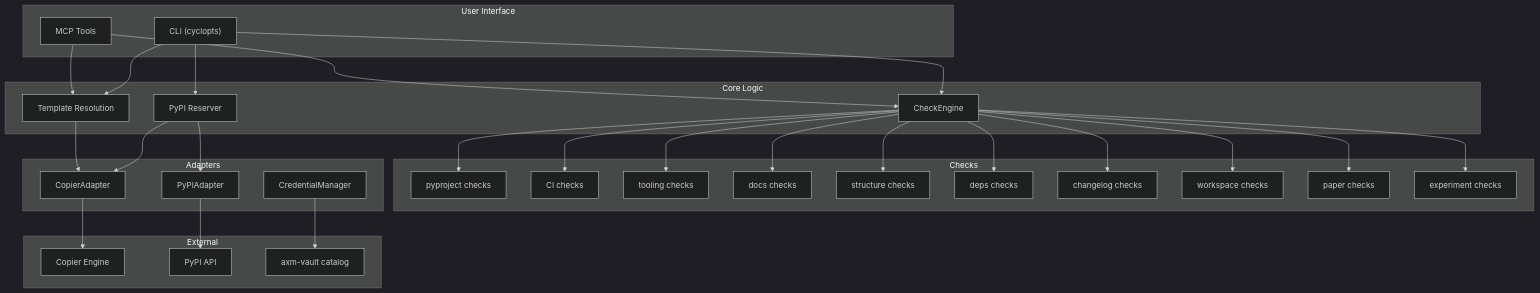
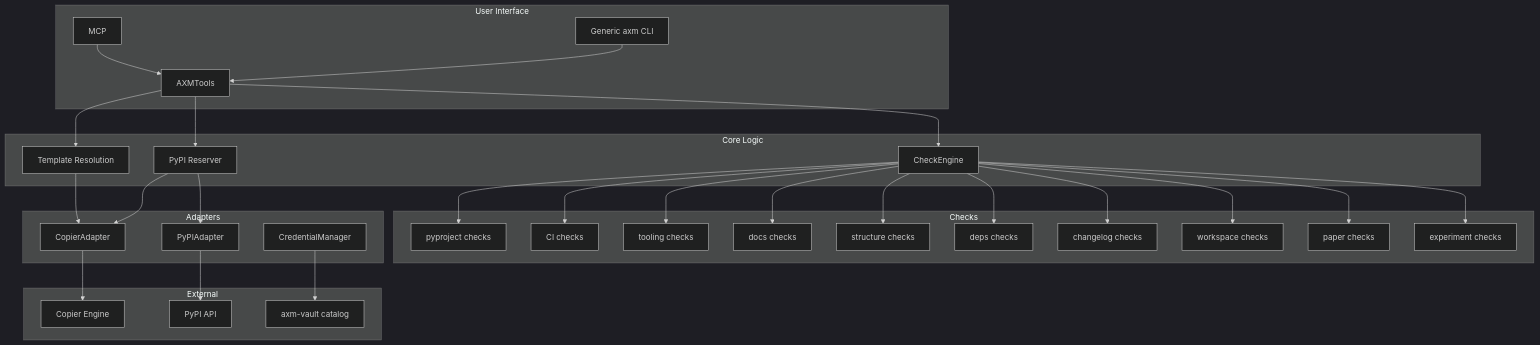
The diagram in packages/axm-init/docs/explanation/architecture.md (axm-protocols/axm-forge), drawn with Mermaid (dark theme) before and after one commit. The commit also changed other lines of this file and 37 other files, not shown here.

First line of the commit message:
feat(axm-init): centralize commands on AXMTools

````diff
--- a/packages/axm-init/docs/explanation/architecture.md
+++ b/packages/axm-init/docs/explanation/architecture.md
@@ -7,60 +7,61 @@
 ```mermaid
 graph TD
     subgraph "User Interface"
-        CLI["CLI (cyclopts)"]
-        MCP["MCP Tools"]
+        CLI["Generic axm CLI"]
+        MCP["MCP"]
+        Tools["AXMTools"]
     end
 
     subgraph "Core Logic"
         CheckEngine["CheckEngine"]
         Templates["Template Resolution"]
         Reserver["PyPI Reserver"]
     end
 
     subgraph "Checks"
         PyprojectChecks["pyproject checks"]
         CIChecks["CI checks"]
         ToolingChecks["tooling checks"]
         DocsChecks["docs checks"]
         StructureChecks["structure checks"]
         DepsChecks["deps checks"]
         ChangelogChecks["changelog checks"]
         WorkspaceChecks["workspace checks"]
         PaperChecks["paper checks"]
         ExperimentChecks["experiment checks"]
     end
 
     subgraph "Adapters"
         Copier["CopierAdapter"]
         PyPI["PyPIAdapter"]
         Creds["CredentialManager"]
     end
 
     subgraph "External"
         CopierEngine["Copier Engine"]
         PyPIAPI["PyPI API"]
         Vault["axm-vault catalog"]
     end
 
-    CLI --> CheckEngine
-    CLI --> Templates
-    CLI --> Reserver
-    MCP --> CheckEngine
-    MCP --> Templates
+    CLI --> Tools
+    MCP --> Tools
+    Tools --> CheckEngine
+    Tools --> Templates
+    Tools --> Reserver
     CheckEngine --> PyprojectChecks
     CheckEngine --> CIChecks
     CheckEngine --> ToolingChecks
     CheckEngine --> DocsChecks
     CheckEngine --> StructureChecks
     CheckEngine --> DepsChecks
     CheckEngine --> ChangelogChecks
     CheckEngine --> WorkspaceChecks
     CheckEngine --> PaperChecks
     CheckEngine --> ExperimentChecks
     Reserver --> PyPI
     Reserver --> Copier
     Templates --> Copier
     Copier --> CopierEngine
     PyPI --> PyPIAPI
     Creds --> Vault
 ```
````
